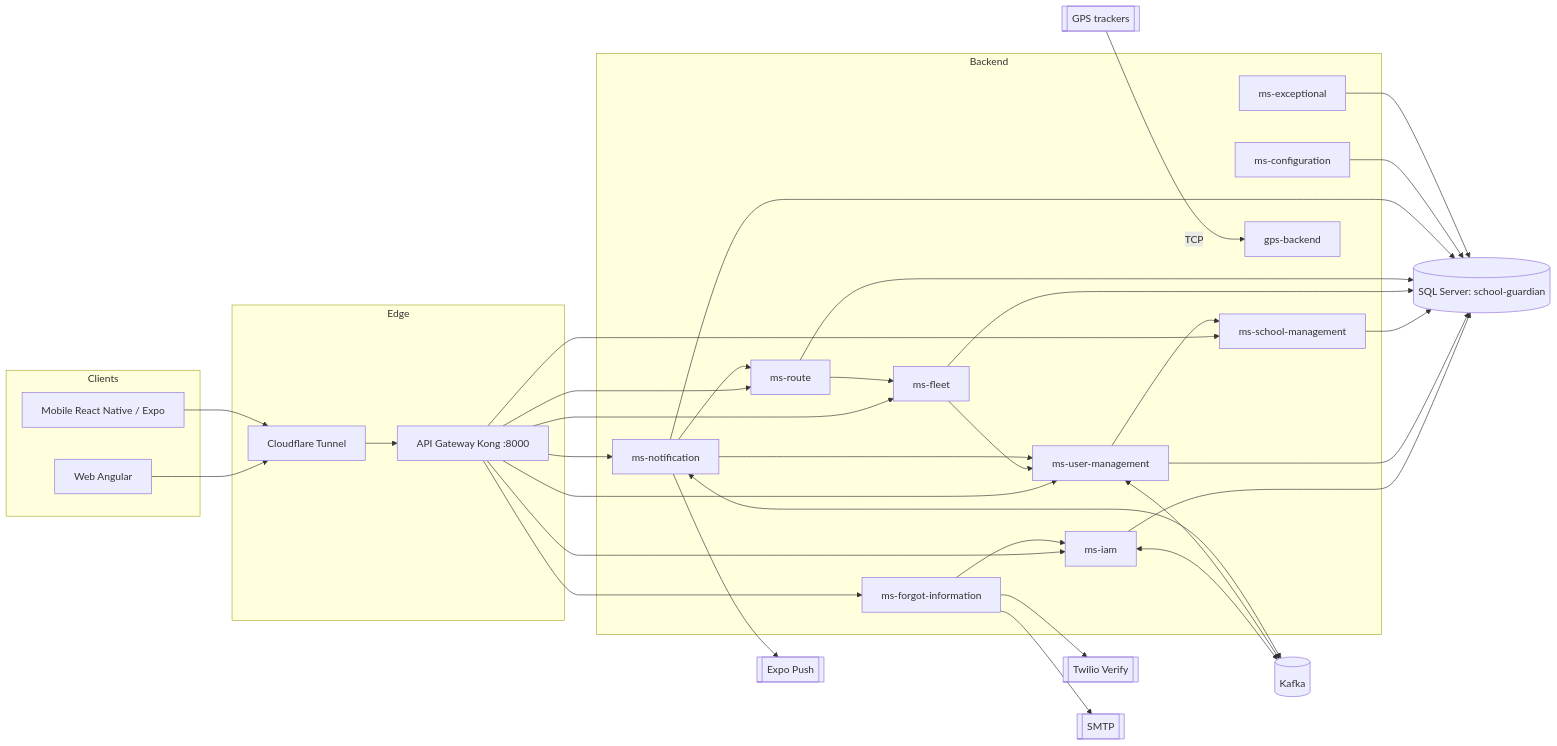
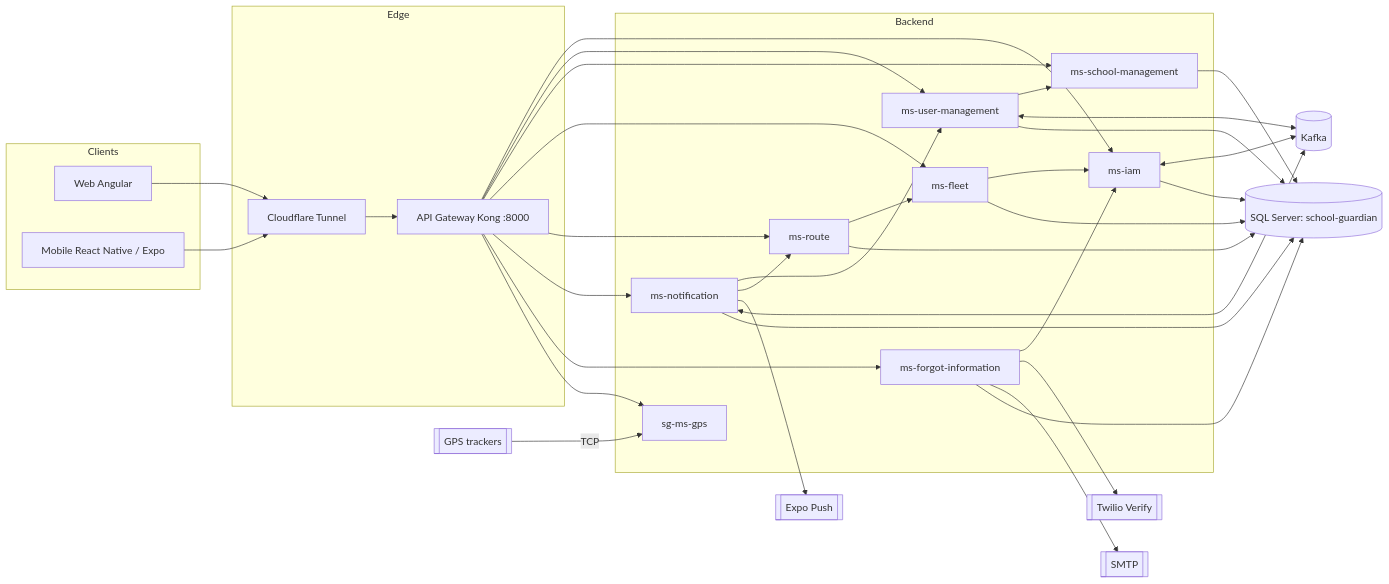
One commit to school-guardian-project/sg-documentation changed the first of 12 diagrams in Manuales/en/Manual-Tecnico-Guardian-Escolar.md. Above: the diagram before and after it, drawn with Mermaid. The commit also changed other lines of this file and 1 other file, not shown here.

````diff
--- a/Manuales/en/Manual-Tecnico-Guardian-Escolar.md
+++ b/Manuales/en/Manual-Tecnico-Guardian-Escolar.md
@@ -149,43 +152,41 @@
 ```mermaid
 flowchart LR
     subgraph Clients
         W[Web Angular]
         M[Mobile React Native / Expo]
     end
     subgraph Edge
         CF[Cloudflare Tunnel]
         K[API Gateway Kong :8000]
     end
     subgraph Backend
         IAM[ms-iam]
         UM[ms-user-management]
         SM[ms-school-management]
         FL[ms-fleet]
         RT[ms-route]
         NT[ms-notification]
         FI[ms-forgot-information]
-        CFG[ms-configuration]
-        EX[ms-exceptional]
-        GPS[gps-backend]
+        GPS[sg-ms-gps]
     end
     KFK[(Kafka)]
     DB[(SQL Server: school-guardian)]
     GPSDEV[[GPS trackers]]
     EXPO[[Expo Push]]
     TW[[Twilio Verify]]
     SMTP[[SMTP]]
 
     W --> CF --> K
     M --> CF
-    K --> IAM & UM & SM & FL & RT & NT & FI
+    K --> IAM & UM & SM & FL & RT & NT & FI & GPS
     UM --> SM
-    FL --> UM
+    FL --> IAM
     RT --> FL
     NT --> UM & RT & EXPO
     FI --> IAM & TW & SMTP
     IAM <--> KFK
     UM <--> KFK
     NT <--> KFK
     GPSDEV -->|TCP| GPS
-    IAM & UM & SM & FL & RT & NT & CFG & EX --> DB
+    IAM & UM & SM & FL & RT & NT & FI --> DB
 ```
````
